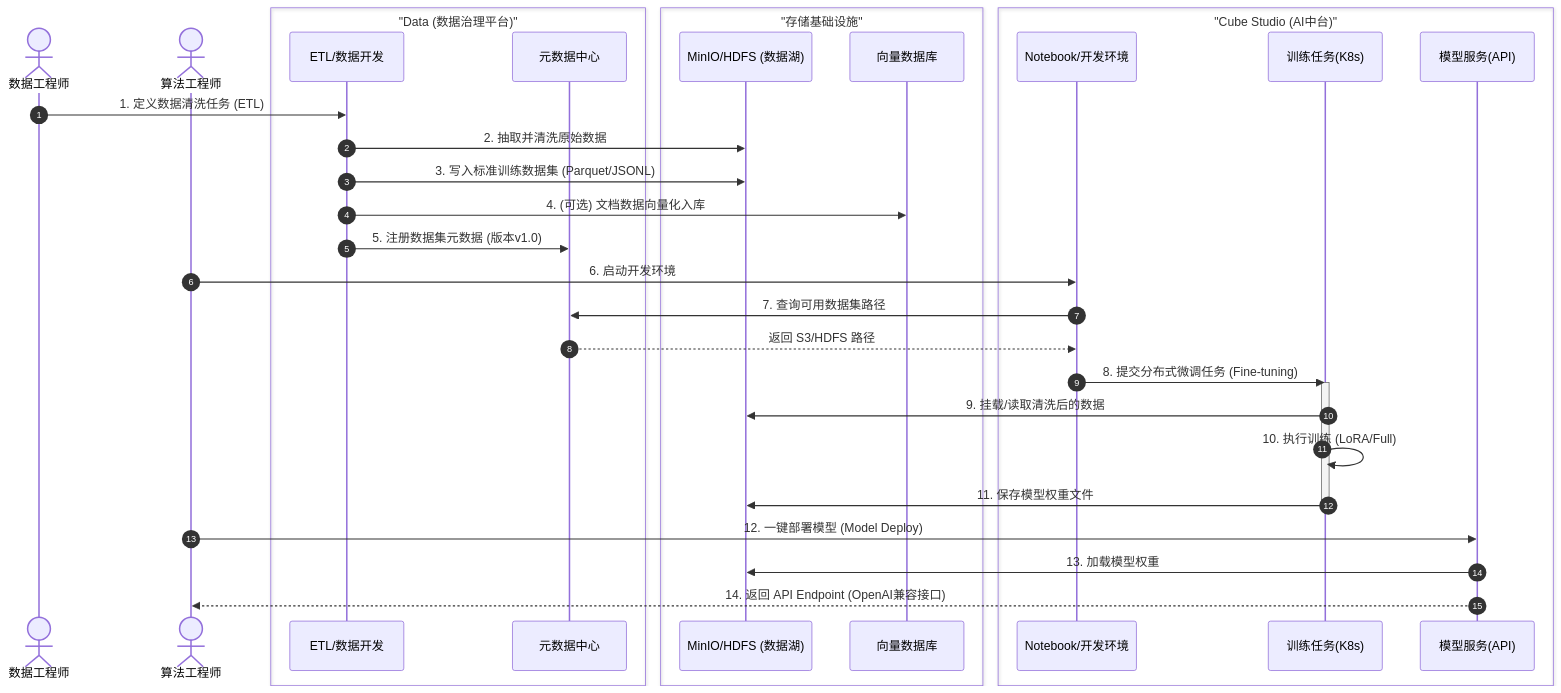
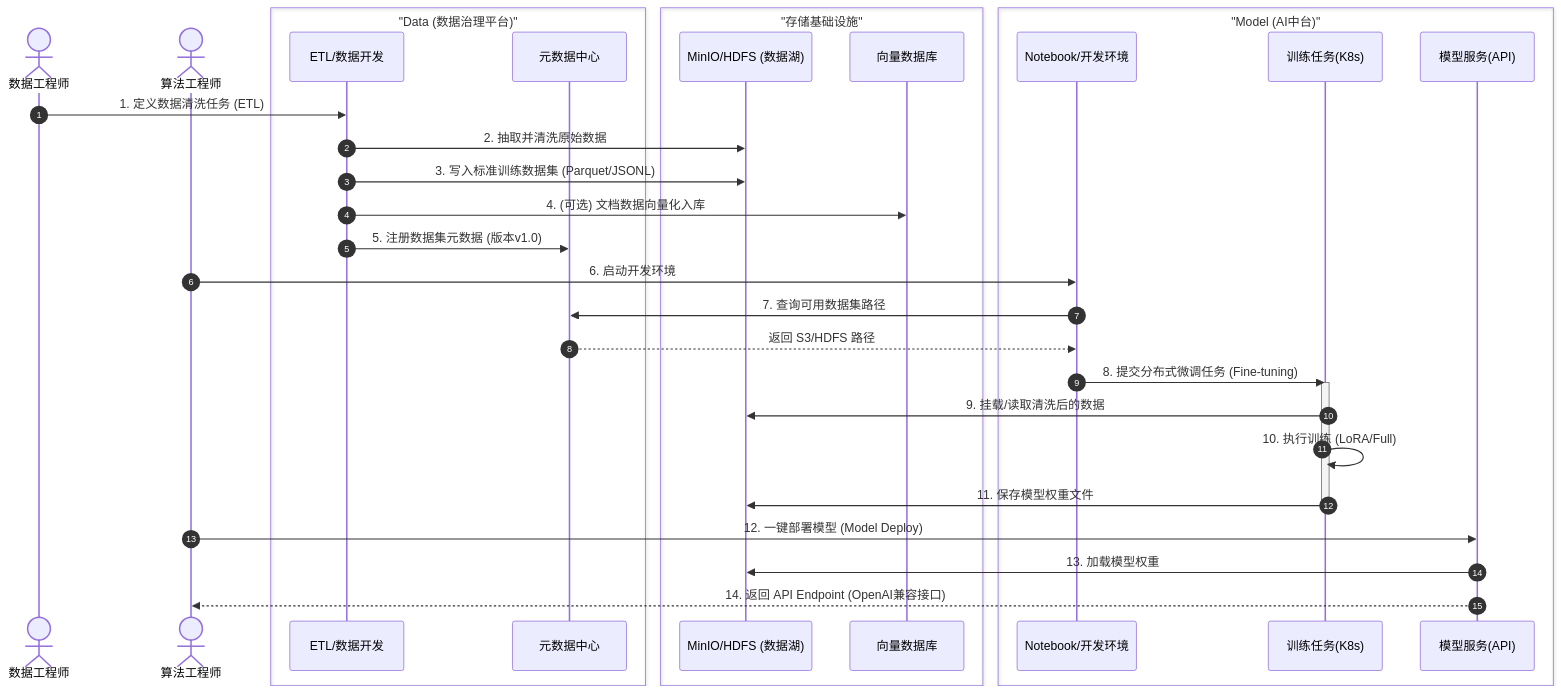
One commit to iannil/one-data-studio changed the first of 4 diagrams in docs/02-integration/sequence-diagrams.md. Above: the diagram before and after it, drawn with Mermaid. The commit also changed other lines of this file and 109 other files, not shown here.

````diff
--- a/docs/02-integration/sequence-diagrams.md
+++ b/docs/02-integration/sequence-diagrams.md
@@ -13,46 +13,46 @@
 ```mermaid
 sequenceDiagram
     autonumber
     actor DataEng as 数据工程师
     actor AlgoEng as 算法工程师
 
     box "Data (数据治理平台)" #e1f5fe
         participant AD_ETL as ETL/数据开发
         participant AD_Meta as 元数据中心
     end
 
     box "存储基础设施" #eeeeee
         participant Storage as MinIO/HDFS (数据湖)
         participant VectorDB as 向量数据库
     end
 
-    box "Cube Studio (AI中台)" #e8f5e9
+    box "Model (AI中台)" #e8f5e9
         participant Cube_NB as Notebook/开发环境
         participant Cube_Job as 训练任务(K8s)
         participant Cube_Serving as 模型服务(API)
     end
 
     %% --- 阶段1：数据准备 ---
     DataEng->>AD_ETL: 1. 定义数据清洗任务 (ETL)
     AD_ETL->>Storage: 2. 抽取并清洗原始数据
     AD_ETL->>Storage: 3. 写入标准训练数据集 (Parquet/JSONL)
     AD_ETL->>VectorDB: 4. (可选) 文档数据向量化入库
     AD_ETL->>AD_Meta: 5. 注册数据集元数据 (版本v1.0)
 
     %% --- 阶段2：模型开发与微调 ---
     AlgoEng->>Cube_NB: 6. 启动开发环境
     Cube_NB->>AD_Meta: 7. 查询可用数据集路径
     AD_Meta-->>Cube_NB: 返回 S3/HDFS 路径
 
     Cube_NB->>Cube_Job: 8. 提交分布式微调任务 (Fine-tuning)
     activate Cube_Job
     Cube_Job->>Storage: 9. 挂载/读取清洗后的数据
     Cube_Job->>Cube_Job: 10. 执行训练 (LoRA/Full)
     Cube_Job->>Storage: 11. 保存模型权重文件
     deactivate Cube_Job
 
     %% --- 阶段3：模型服务化 ---
     AlgoEng->>Cube_Serving: 12. 一键部署模型 (Model Deploy)
     Cube_Serving->>Storage: 13. 加载模型权重
     Cube_Serving-->>AlgoEng: 14. 返回 API Endpoint (OpenAI兼容接口)
 ```
````
